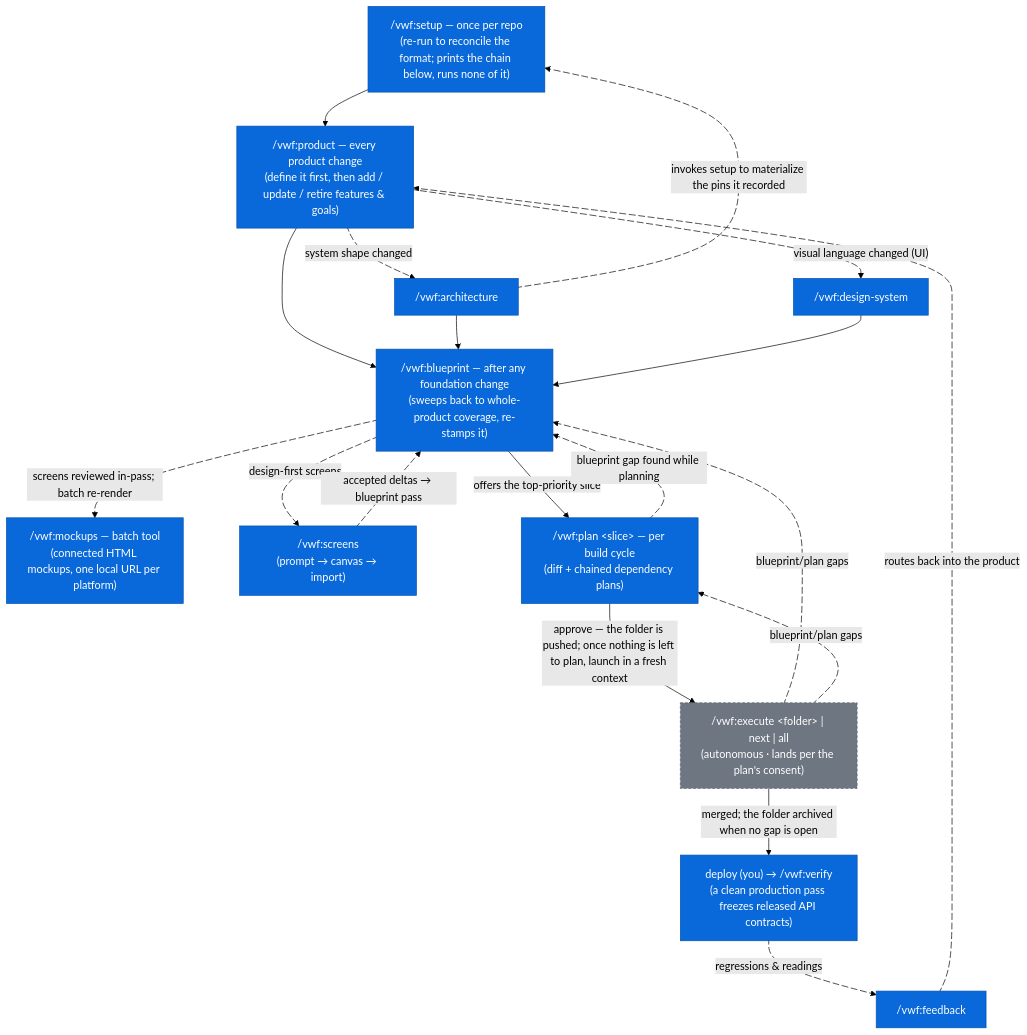
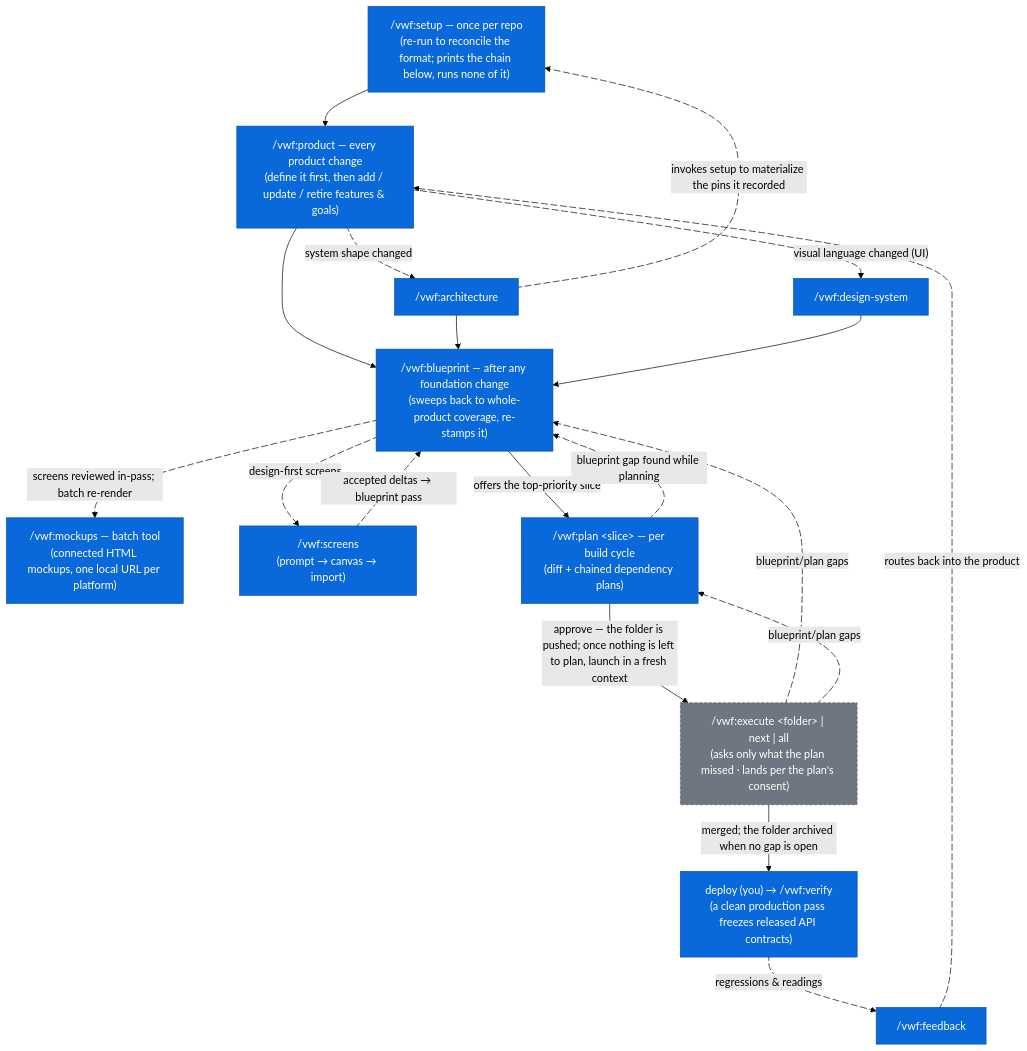
One commit to virajp/claude-plugins changed the first of 2 diagrams in site/src/content/docs/plugins/vwf.md. Above: the diagram before and after it, drawn with Mermaid (forest theme). The commit also changed other lines of this file and 19 other files, not shown here.

Commit message:
docs: describe the run that asks the user when the plan is silent

````diff
--- a/site/src/content/docs/plugins/vwf.md
+++ b/site/src/content/docs/plugins/vwf.md
@@ -280,35 +281,35 @@
 ```mermaid
 flowchart TD
     S["/vwf:setup — once per repo<br/>(re-run to reconcile the format; prints the chain below, runs none of it)"]:::user
     S --> P["/vwf:product — every product change<br/>(define it first, then add / update / retire features & goals)"]:::user
     P e1@-. "system shape changed" .-> A["/vwf:architecture"]:::user
     P e2@-. "visual language changed (UI)" .-> DS["/vwf:design-system"]:::user
     P --> B["/vwf:blueprint — after any foundation change<br/>(sweeps back to whole-product coverage, re-stamps it)"]:::user
     A --> B
     A e11@-. "invokes setup to materialize the pins it recorded" .-> S
     DS --> B
     B e8@-. "screens reviewed in-pass; batch re-render" .-> M["/vwf:mockups — batch tool<br/>(connected HTML mockups, one local URL per platform)"]:::user
     B e9@-. "design-first screens" .-> SC["/vwf:screens<br/>(prompt → canvas → import)"]:::user
     SC e10@-. "accepted deltas → blueprint pass" .-> B
     B -->|"offers the top-priority slice"| C["/vwf:plan &lt;slice&gt; — per build cycle<br/>(diff + chained dependency plans)"]:::user
-    C -->|"approve — the folder is pushed; once nothing is left to plan, launch in a fresh context"| D["/vwf:execute &lt;folder&gt; | next | all<br/>(autonomous · lands per the plan's consent)"]:::chained
+    C -->|"approve — the folder is pushed; once nothing is left to plan, launch in a fresh context"| D["/vwf:execute &lt;folder&gt; | next | all<br/>(asks only what the plan missed · lands per the plan's consent)"]:::chained
     D -->|"merged; the folder archived when no gap is open"| V["deploy (you) → /vwf:verify<br/>(a clean production pass freezes released API contracts)"]:::user
     V e3@-. "regressions & readings" .-> FB["/vwf:feedback"]:::user
     FB e4@-. "routes back into the product" .-> P
     D e5@-. "blueprint/plan gaps" .-> B
     D e6@-. "blueprint/plan gaps" .-> C
     C e7@-. "blueprint gap found while planning" .-> B
     e1@{ animate: true }
     e2@{ animate: true }
     e3@{ animate: true }
     e4@{ animate: true }
     e5@{ animate: true }
     e6@{ animate: true }
     e7@{ animate: true }
     e11@{ animate: true }
     e9@{ animate: true }
     e10@{ animate: true }
     e8@{ animate: true }
     classDef user fill:#0969da,stroke:#0550ae,color:#ffffff
     classDef chained fill:#6e7781,stroke:#57606a,color:#ffffff,stroke-dasharray:4 3
 ```
````
